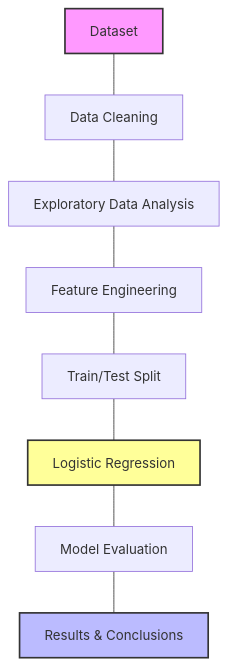
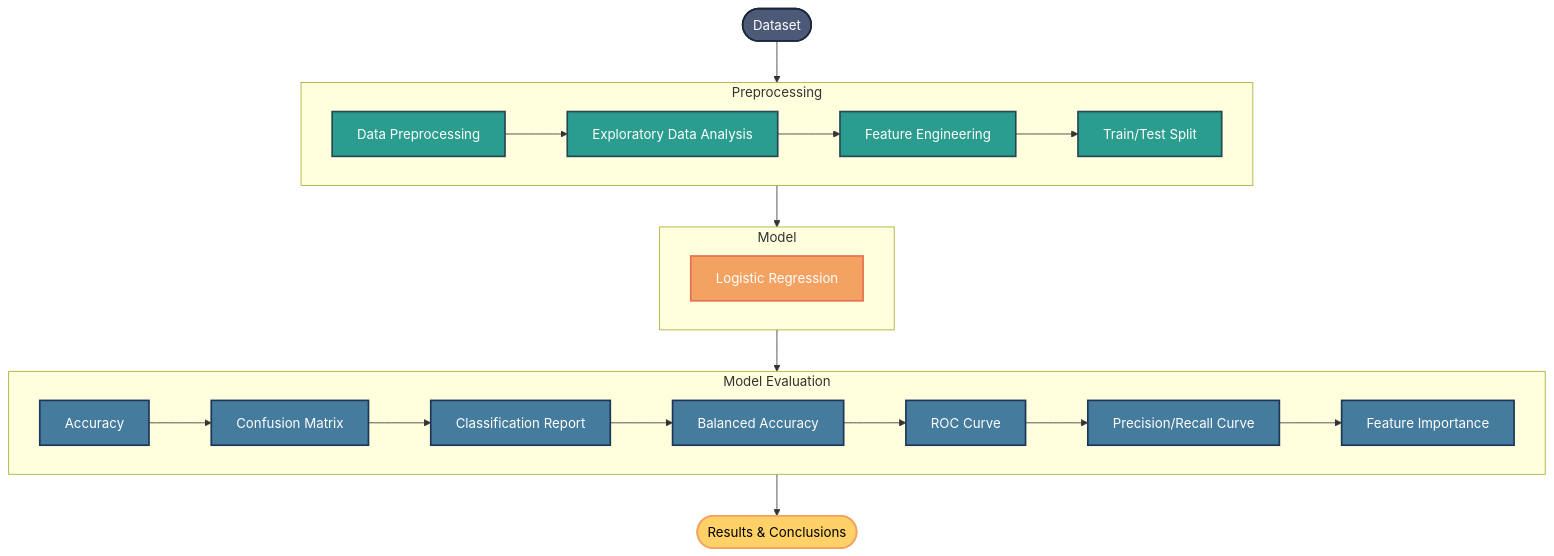
Before and after one commit to mayramtv/nafld-logistic-prediction: the diagram in README.md, drawn with Mermaid. The commit also changed other lines of this file and 5 other files, not shown here.

````diff
--- a/README.md
+++ b/README.md
@@ -31,15 +34,36 @@
 ```mermaid
 flowchart TD
-    Dataset[Dataset] --- Clean[Data Cleaning]
-    Clean --- EDA[Exploratory Data Analysis]
-    EDA --- Feature[Feature Engineering]
-    Feature --- Split[Train/Test Split]
-    Split --- LogReg[Logistic Regression]
-    LogReg --- Eval[Model Evaluation]
-    Eval --- Results[Results & Conclusions]
+    subgraph Preprocessing["Preprocessing"]
+        Preprocess[Data Preprocessing] --> EDA[Exploratory Data Analysis]
+        EDA --> Feature[Feature Engineering]
+        Feature --> Split[Train/Test Split]
+    end
 
-    style Dataset fill:#f9f,stroke:#333,stroke-width:2px
-    style Results fill:#bbf,stroke:#333,stroke-width:2px
-    style LogReg fill:#ff9,stroke:#333,stroke-width:2px
+    subgraph Modeling["Model"]
+        LogReg[Logistic Regression]
+    end
 
+    subgraph Evaluation["Model Evaluation"]
+        A[Accuracy] --> B[Confusion Matrix]
+        B --> C[Classification Report]
+        C --> D[Balanced Accuracy]
+        D --> E[ROC Curve]
+        E --> F[Precision/Recall Curve]
+        F --> G[Feature Importance]  
+    end
+
+    Dataset([Dataset]) --> Preprocessing
+    Preprocessing --> Modeling
+    Modeling --> Evaluation
+    Evaluation --> Results([Results & Conclusions])
+
+    style Dataset fill:#4d5a77,stroke:#1b263b,stroke-width:2px,color:#ffffff
+    style Results fill:#ffd166,stroke:#f4a261,stroke-width:2px,color:#000000
+    style LogReg fill:#f4a261,stroke:#e76f51,stroke-width:2px,color:#ffffff
+
+    classDef eval fill:#457b9d,stroke:#1d3557,stroke-width:2px,color:#ffffff
+    classDef preprocess fill:#2a9d8f,stroke:#264653,stroke-width:2px,color:#ffffff
+
+    class Preprocess,EDA,Feature,Split preprocess
+    class A,B,C,D,E,F,G eval
 ```
````
